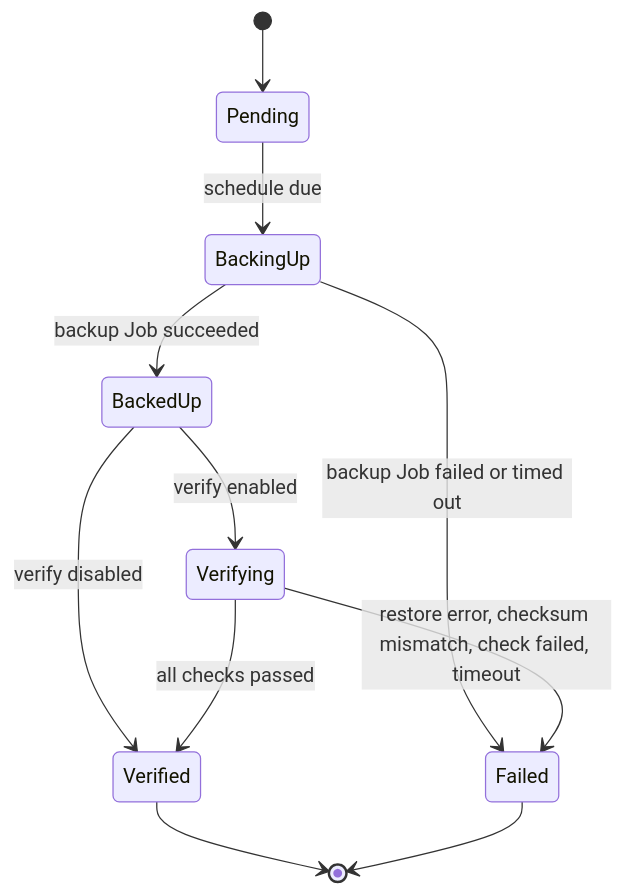
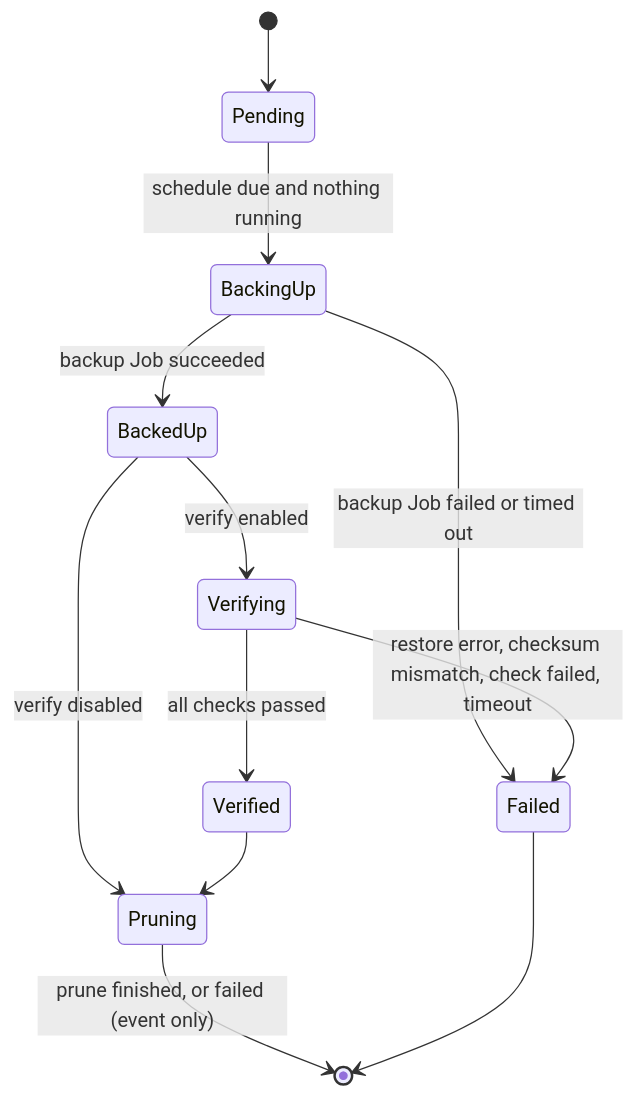
The third of 3 diagrams in docs/ARCHITECTURE.md (souvik-biswas-dev/backupvouch), drawn with Mermaid before and after one commit. The commit also changed other lines of this file and 10 other files, not shown here.

````diff
--- a/docs/ARCHITECTURE.md
+++ b/docs/ARCHITECTURE.md
@@ -44,13 +60,14 @@
 ```mermaid
 stateDiagram-v2
   [*] --> Pending
-  Pending --> BackingUp: schedule due
+  Pending --> BackingUp: schedule due and nothing running
   BackingUp --> BackedUp: backup Job succeeded
   BackingUp --> Failed: backup Job failed or timed out
   BackedUp --> Verifying: verify enabled
-  BackedUp --> Verified: verify disabled
+  BackedUp --> Pruning: verify disabled
   Verifying --> Verified: all checks passed
   Verifying --> Failed: restore error, checksum mismatch, check failed, timeout
-  Verified --> [*]
+  Verified --> Pruning
+  Pruning --> [*]: prune finished, or failed (event only)
   Failed --> [*]
 ```
````
